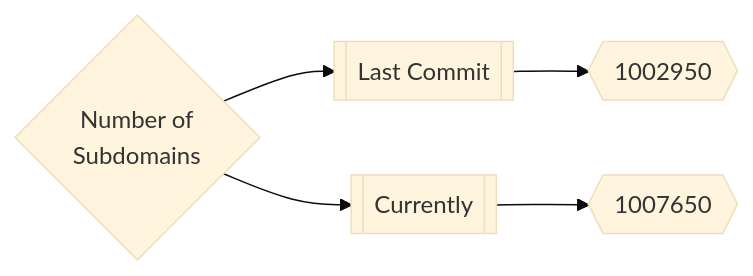
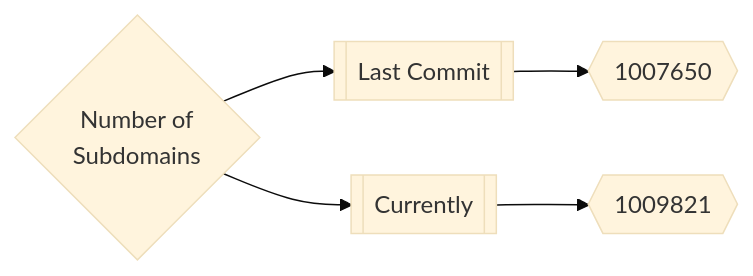
Before and after one commit to trickest/inventory: the first of 3 diagrams in README.md, drawn with Mermaid (base theme). The commit also changed other lines of this file, not shown here.

Commit message:
Update Wed Mar 23 15:53:06 UTC 2022

````diff
--- a/README.md
+++ b/README.md
@@ -165,5 +165,5 @@
 ```mermaid
 graph LR
-title{Number of<br>Subdomains} --> subdomainsDate1[[Last Commit]] --> subdomainsNum1{{1002950}}
-title --> subdomainsDate2[[Currently]] --> subdomainsNum2{{1007650}}
+title{Number of<br>Subdomains} --> subdomainsDate1[[Last Commit]] --> subdomainsNum1{{1007650}}
+title --> subdomainsDate2[[Currently]] --> subdomainsNum2{{1009821}}
 ```
````
